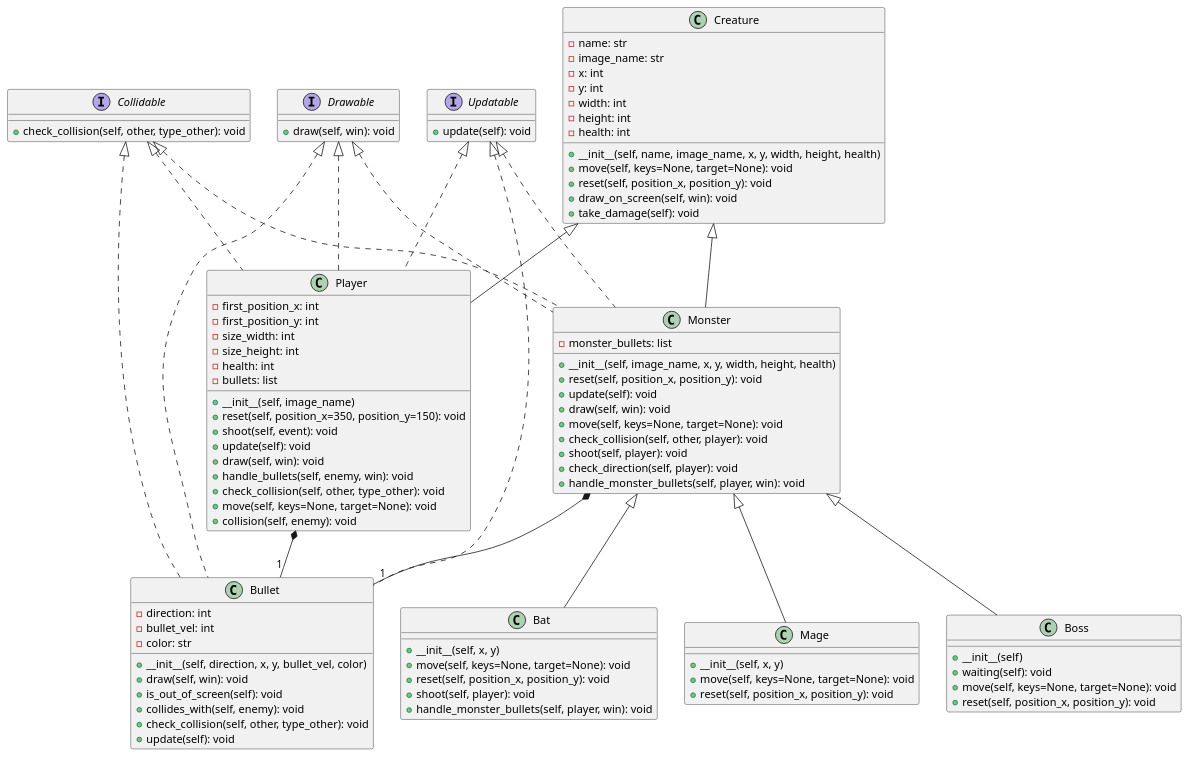
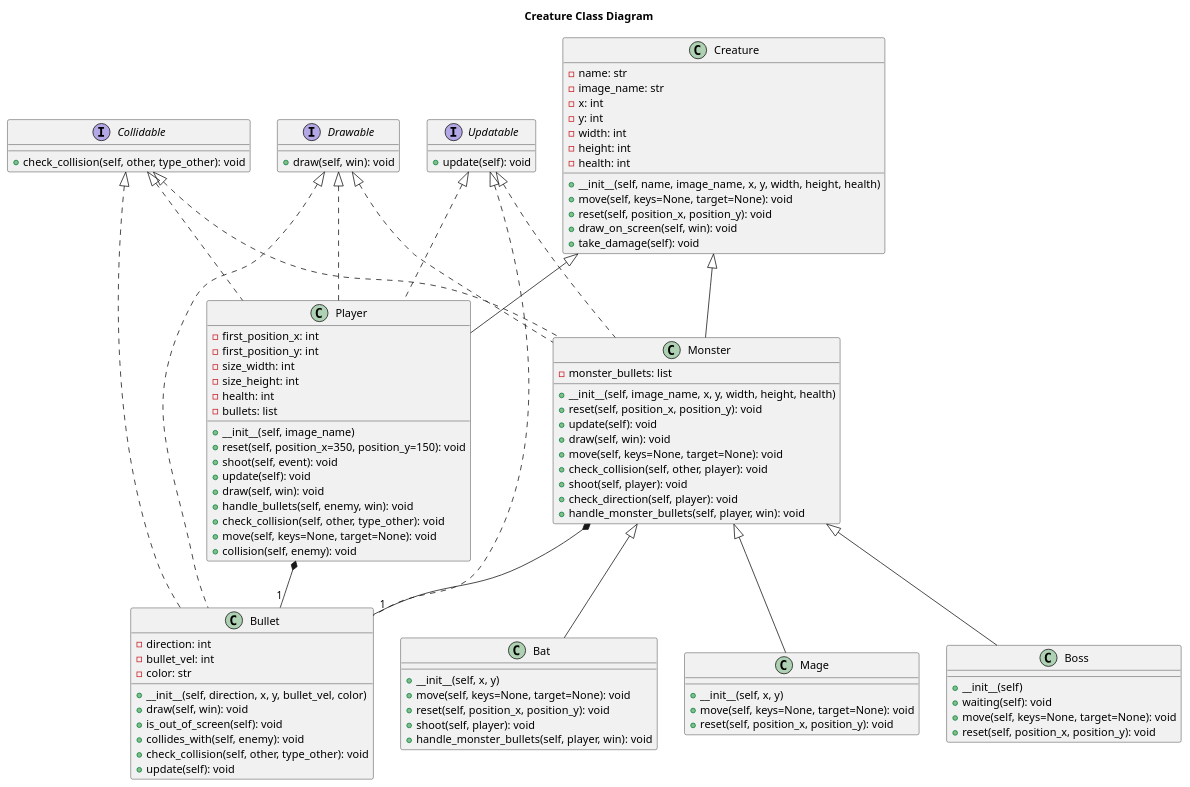
Before and after one commit to UserMarekDrag/my-game: the diagram in diagrams/CreatureClassDiagram.puml, drawn with PlantUML. The commit also changed other lines of this file and 6 other files, not shown here.

First line of the commit message:
Updated README with Testing, Diagrams, and Pylint

```diff
--- a/diagrams/CreatureClassDiagram.puml
+++ b/diagrams/CreatureClassDiagram.puml
@@ -1,131 +1,131 @@
 @startuml
-
+title Creature Class Diagram
 ' The Creature class is a basic representation of all living beings in the game.
 class Creature {
   -name: str
   -image_name: str
   -x: int
   -y: int
   -width: int
   -height: int
   -health: int
   +__init__(self, name, image_name, x, y, width, height, health)
   +move(self, keys=None, target=None): void
   +reset(self, position_x, position_y): void
   +draw_on_screen(self, win): void
   +take_damage(self): void
 }
 
 ' Drawable is an interface for all objects that can be drawn on the screen.
 interface Drawable {
   +draw(self, win): void
 }
 
 ' Collidable is an interface for all objects that can participate in collisions.
 interface Collidable {
   +check_collision(self, other, type_other): void
 }
 
 ' Updatable is an interface for all objects that have a state which can be updated over time.
 interface Updatable {
   +update(self): void
 }
 
 ' The Player class represents the user-controlled character in the game.
 class Player {
   -first_position_x: int
   -first_position_y: int
   -size_width: int
   -size_height: int
   -health: int
   -bullets: list
   +__init__(self, image_name)
   +reset(self, position_x=350, position_y=150): void
   +shoot(self, event): void
   +update(self): void
   +draw(self, win): void
   +handle_bullets(self, enemy, win): void
   +check_collision(self, other, type_other): void
   +move(self, keys=None, target=None): void
   +collision(self, enemy): void
 }
 
 ' The Monster class represents enemies in the game.
 class Monster {
   -monster_bullets: list
   +__init__(self, image_name, x, y, width, height, health)
   +reset(self, position_x, position_y): void
   +update(self): void
   +draw(self, win): void
   +move(self, keys=None, target=None): void
   +check_collision(self, other, player): void
   +shoot(self, player): void
   +check_direction(self, player): void
   +handle_monster_bullets(self, player, win): void
 }
 
 ' The Bullet class represents bullets shot by the player and monsters.
 class Bullet {
   -direction: int
   -bullet_vel: int
   -color: str
   +__init__(self, direction, x, y, bullet_vel, color)
   +draw(self, win): void
   +is_out_of_screen(self): void
   +collides_with(self, enemy): void
   +check_collision(self, other, type_other): void
   +update(self): void
 }
 
 ' The Bat class represents a type of monster.
 class Bat {
   +__init__(self, x, y)
   +move(self, keys=None, target=None): void
   +reset(self, position_x, position_y): void
   +shoot(self, player): void
   +handle_monster_bullets(self, player, win): void
 }
 
 ' The Mage class represents a type of monster.
 class Mage {
   +__init__(self, x, y)
   +move(self, keys=None, target=None): void
   +reset(self, position_x, position_y): void
 }
 
 
 ' The Boss class represents the boss monster in the game.
 class Boss {
   +__init__(self)
   +waiting(self): void
   +move(self, keys=None, target=None): void
   +reset(self, position_x, position_y): void
 }
 
 ' The Player class extends the Creature class and implements the Drawable, Collidable, and Updatable interfaces.
 Creature <|-- Player
 Drawable <|.. Player
 Collidable <|.. Player
 Updatable <|.. Player
 
 ' The Monster class extends the Creature class and implements the Drawable, Collidable, and Updatable interfaces.
 Creature <|-- Monster
 Drawable <|.. Monster
 Collidable <|.. Monster
 Updatable <|.. Monster
 
 ' The Bullet class implements the Drawable, Collidable, and Updatable interfaces.
 Drawable <|.. Bullet
 Collidable <|.. Bullet
 Updatable <|.. Bullet
 
 ' The Player class has a relationship with the Bullet class.
 Player *-- "1" Bullet
 ' The Monster class has a relationship with the Bullet class.
 Monster *-- "1" Bullet
 
 ' The Bat, Mage, and Boss classes extend the Monster class.
 Monster <|-- Bat
 Monster <|-- Mage
 Monster <|-- Boss
 @enduml
```
